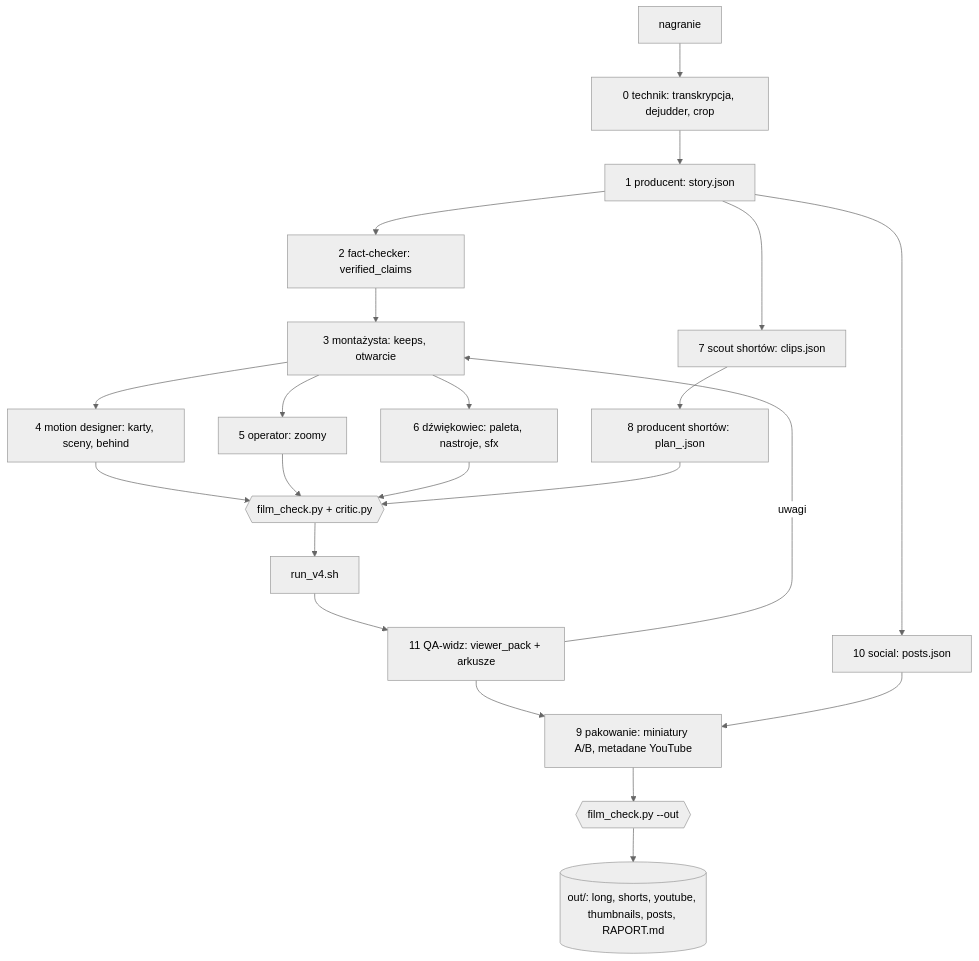
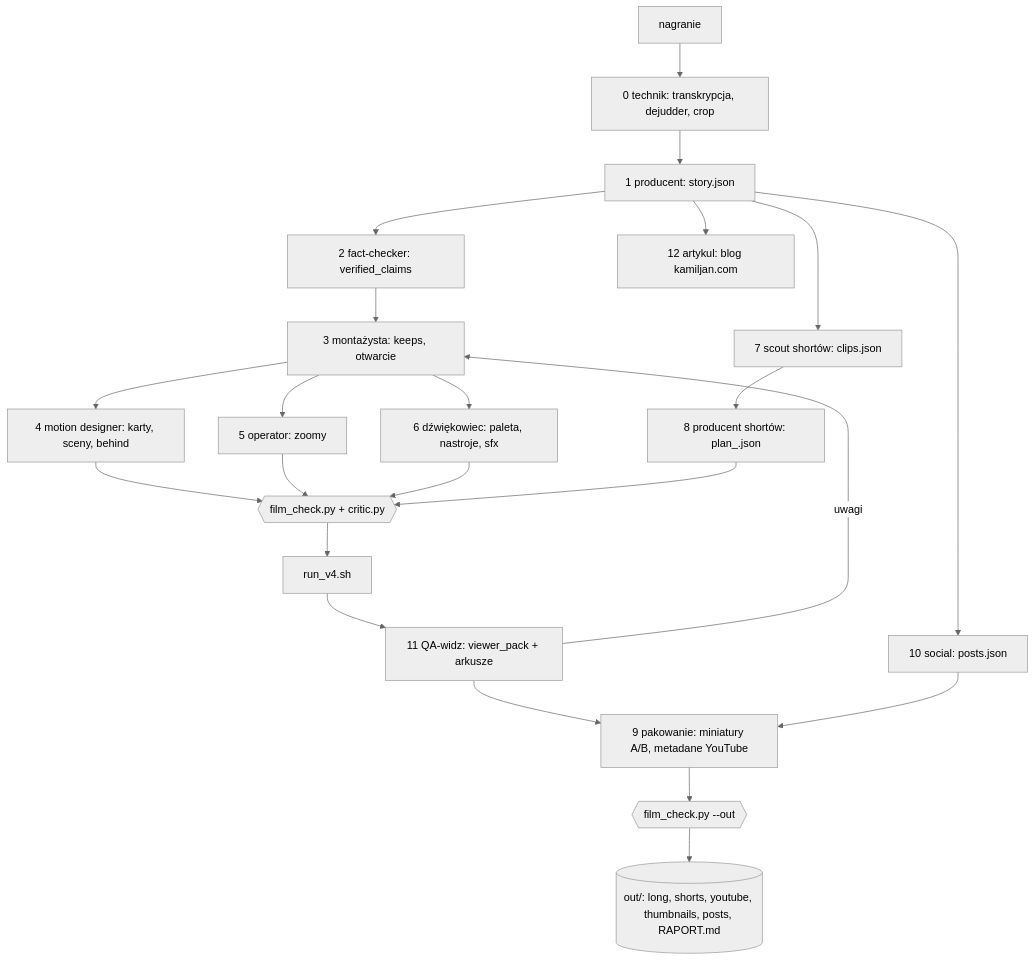
The diagram in team/RUNBOOK.md (kamiljan11/video-pipeline), drawn with Mermaid (neutral theme) before and after one commit. The commit also changed other lines of this file and 19 other files, not shown here.

````diff
--- a/team/RUNBOOK.md
+++ b/team/RUNBOOK.md
@@ -8,22 +8,23 @@
 ```mermaid
 flowchart TD
   rec[nagranie] --> prep[0 technik: transkrypcja, dejudder, crop]
   prep --> prod[1 producent: story.json]
   prod --> fact[2 fact-checker: verified_claims]
   prod --> scout[7 scout shortów: clips.json]
   prod --> social[10 social: posts.json]
   fact --> ed[3 montażysta: keeps, otwarcie]
   ed --> mo[4 motion designer: karty, sceny, behind]
   ed --> cam[5 operator: zoomy]
   ed --> snd[6 dźwiękowiec: paleta, nastroje, sfx]
   mo & cam & snd --> gate1{{film_check.py + critic.py}}
   scout --> sp[8 producent shortów: plan_<clip>.json]
   sp --> gate1
   gate1 --> render[run_v4.sh]
   render --> qa[11 QA-widz: viewer_pack + arkusze]
   qa -->|uwagi| ed
   qa --> pack[9 pakowanie: miniatury A/B, metadane YouTube]
   social --> pack
+  prod --> art[12 artykul: blog kamiljan.com]
   pack --> gate2{{film_check.py --out}}
   gate2 --> out[(out/: long, shorts, youtube, thumbnails, posts, RAPORT.md)]
 ```
````
